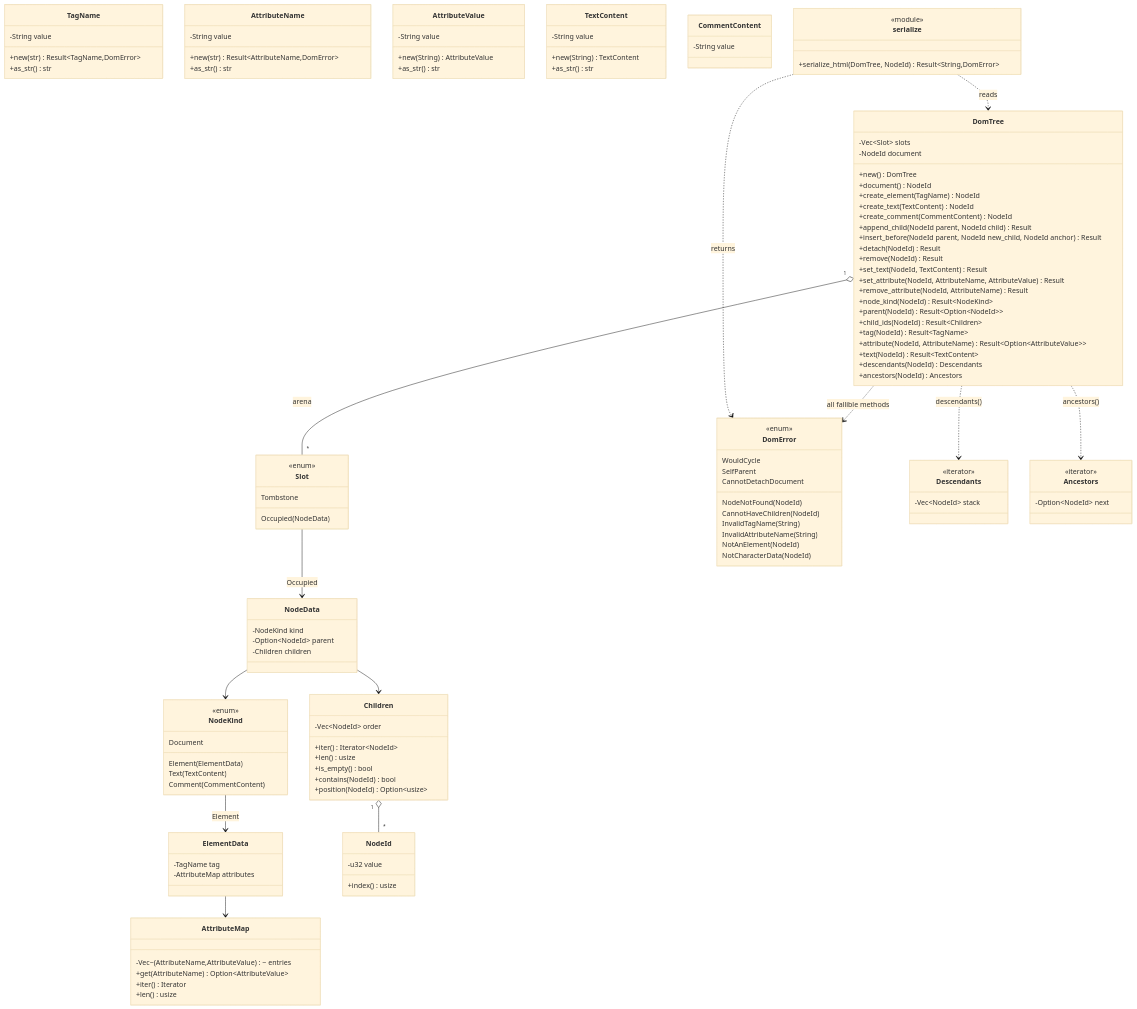
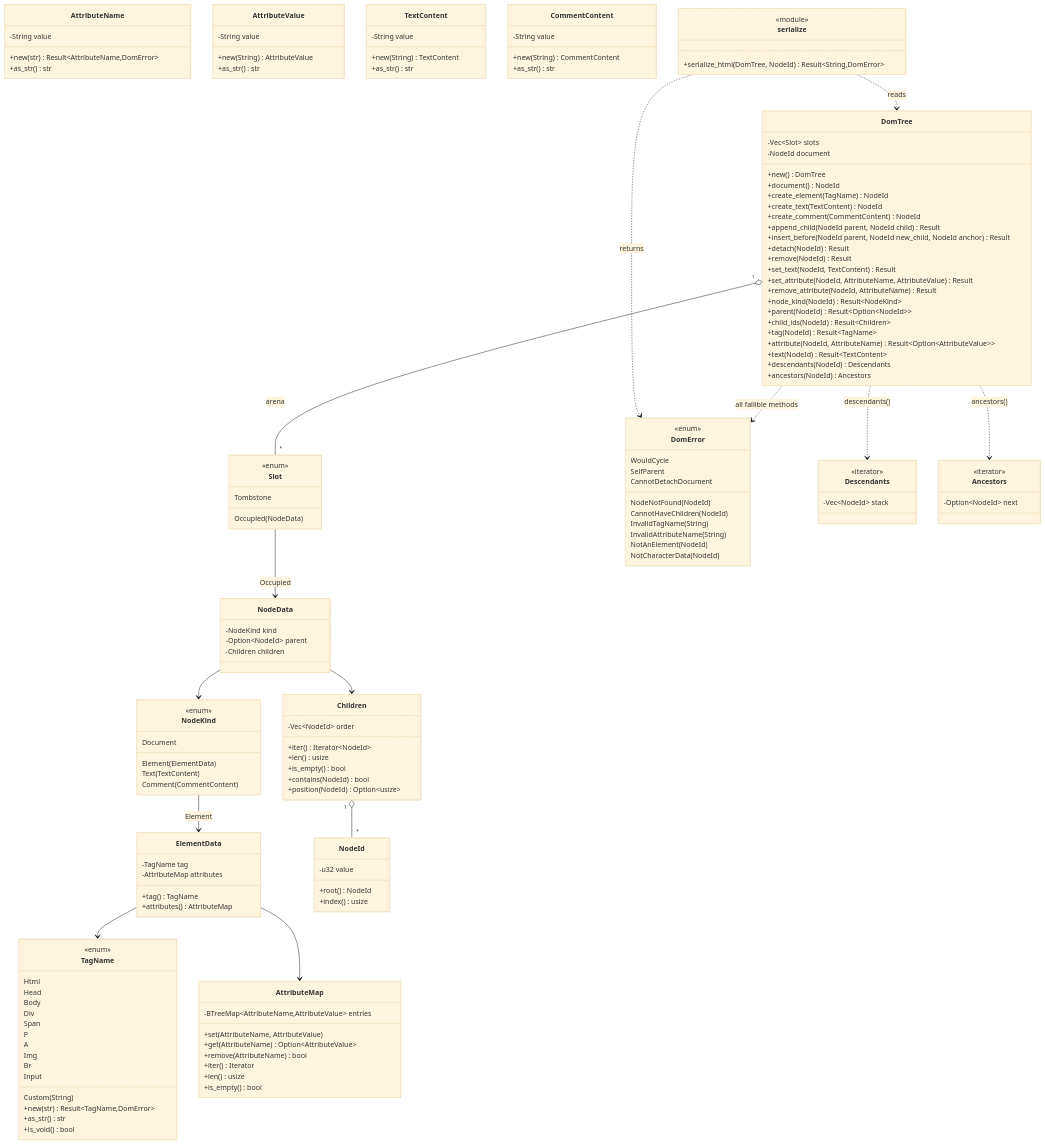
One commit to jaoppb/alloy changed the diagram in spdd/prompt/202608300315-[Feat]-dom-dom-tree-arena-v0-2-f3.md. Above: the diagram before and after it, drawn with Mermaid (base theme). The commit also changed other lines of this file and 15 other files, not shown here.

```diff
--- a/spdd/prompt/202608300315-[Feat]-dom-dom-tree-arena-v0-2-f3.md
+++ b/spdd/prompt/202608300315-[Feat]-dom-dom-tree-arena-v0-2-f3.md
@@ -66,15 +71,30 @@
 class ElementData {
   -TagName tag
   -AttributeMap attributes
+  +tag() TagName
+  +attributes() AttributeMap
 }
 class NodeId {
   -u32 value
+  +root() NodeId
   +index() usize
 }
 class TagName {
-  -String value
+  <<enum>>
+  Html
+  Head
+  Body
+  Div
+  Span
+  P
+  A
+  Img
+  Br
+  Input
+  Custom(String)
   +new(str) Result~TagName,DomError~
   +as_str() str
+  +is_void() bool
 }
 class AttributeName {
   -String value
@@ -93,6 +113,8 @@
 }
 class CommentContent {
   -String value
+  +new(String) CommentContent
+  +as_str() str
 }
 class Children {
   -Vec~NodeId~ order
@@ -103,10 +125,13 @@
   +position(NodeId) Option~usize~
 }
 class AttributeMap {
-  -Vec~(AttributeName,AttributeValue)~ entries
+  -BTreeMap~AttributeName,AttributeValue~ entries
+  +set(AttributeName, AttributeValue)
   +get(AttributeName) Option~AttributeValue~
+  +remove(AttributeName) bool
   +iter() Iterator
   +len() usize
+  +is_empty() bool
 }
 class DomError {
   <<enum>>
@@ -138,6 +163,7 @@
 NodeData --> NodeKind
 NodeData --> Children
 NodeKind --> ElementData : Element
+ElementData --> TagName
 ElementData --> AttributeMap
 Children "1" o-- "*" NodeId
 DomTree ..> DomError : all fallible methods
```
